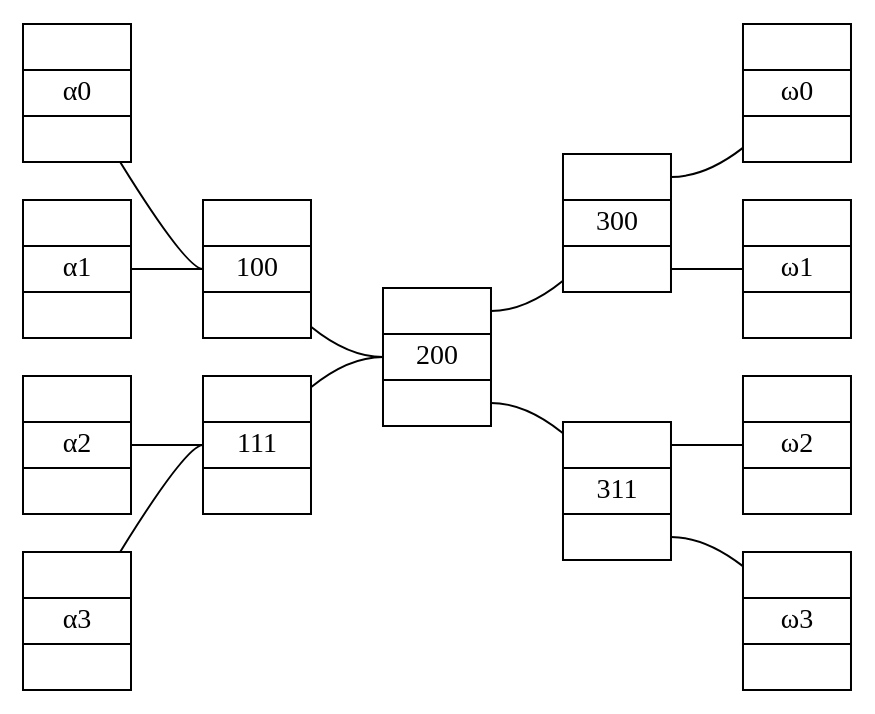
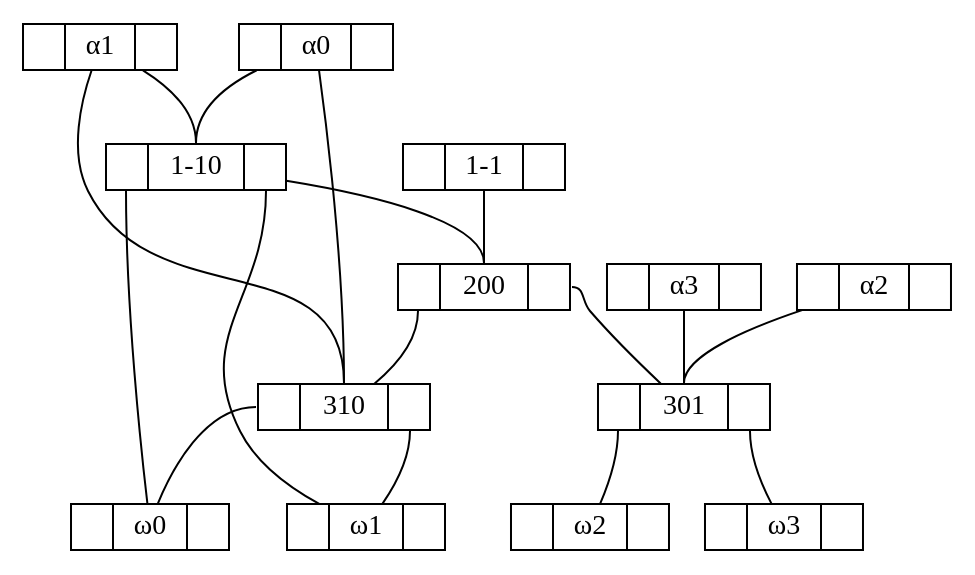
The diagram in 4 binairy tree general.gv (grootstebozewolf/networks), drawn with Graphviz before and after one commit. The commit also changed 6 other files, not shown here.

```diff
--- a/4 binairy tree general.gv
+++ b/4 binairy tree general.gv
@@ -1,29 +1,36 @@
-graph "strict" {
-	graph [rankdir=LR]
+graph "4 binairy tree general" {
 	node [height=.1 shape=record]
+	200:f0 -- 310
+	310:f0 -- "ω00"
+	"ω00" [label="<f0> |<f1> ω0|<f2>"]
+	310:f2 -- "ω01"
+	"ω01" [label="<f0> |<f1> ω1|<f2>"]
+	"α00" -- 310:f1
 	"α00" [label="<f0> |<f1> α0|<f2>"]
+	"α01" -- 310:f1
+	"α01" [label="<f0> |<f1> α1|<f2>"]
+	310 [label="<f0> |<f1> 310|<f2>"]
+	200:f2 -- 301
+	301:f0 -- "ω10"
+	"ω10" [label="<f0> |<f1> ω2|<f2>"]
+	301:f2 -- "ω11"
+	"ω11" [label="<f0> |<f1> ω3|<f2>"]
+	"α10" -- 301:f1
+	"α10" [label="<f0> |<f1> α2|<f2>"]
+	"α11" -- 301:f1
+	"α11" [label="<f0> |<f1> α3|<f2>"]
+	301 [label="<f0> |<f1> 301|<f2>"]
+	"1-10" -- 200:f1
+	"1-10":f0 -- "ω00"
 	"ω00" [label="<f0> |<f1> ω0|<f2>"]
+	"1-10":f2 -- "ω01"
+	"ω01" [label="<f0> |<f1> ω1|<f2>"]
+	"α00" -- "1-10":f1
+	"α00" [label="<f0> |<f1> α0|<f2>"]
+	"α01" -- "1-10":f1
 	"α01" [label="<f0> |<f1> α1|<f2>"]
-	"ω01" [label="<f0> |<f1> ω1|<f2>"]
-	"α10" [label="<f0> |<f1> α2|<f2>"]
-	"ω10" [label="<f0> |<f1> ω2|<f2>"]
-	"α11" [label="<f0> |<f1> α3|<f2>"]
-	"ω11" [label="<f0> |<f1> ω3|<f2>"]
-	100 [label="<f0> |<f1> 100|<f2>"]
-	"α00" -- 100:f1
-	"α01" -- 100:f1
-	111 [label="<f0> |<f1> 111|<f2>"]
-	"α10" -- 111:f1
-	"α11" -- 111:f1
-	300 [label="<f0> |<f1> 300|<f2>"]
-	300:f0 -- "ω00"
-	300:f2 -- "ω01"
-	311 [label="<f0> |<f1> 311|<f2>"]
-	311:f0 -- "ω10"
-	311:f2 -- "ω11"
+	"1-10" [label="<f0> |<f1> 1-10|<f2>"]
+	"1-1" -- 200:f1
+	"1-1" [label="<f0> |<f1> 1-1|<f2>"]
 	200 [label="<f0> |<f1> 200|<f2>"]
-	100 -- 200:f1
-	111 -- 200:f1
-	200:f0 -- 300
-	200:f2 -- 311
 }
```
